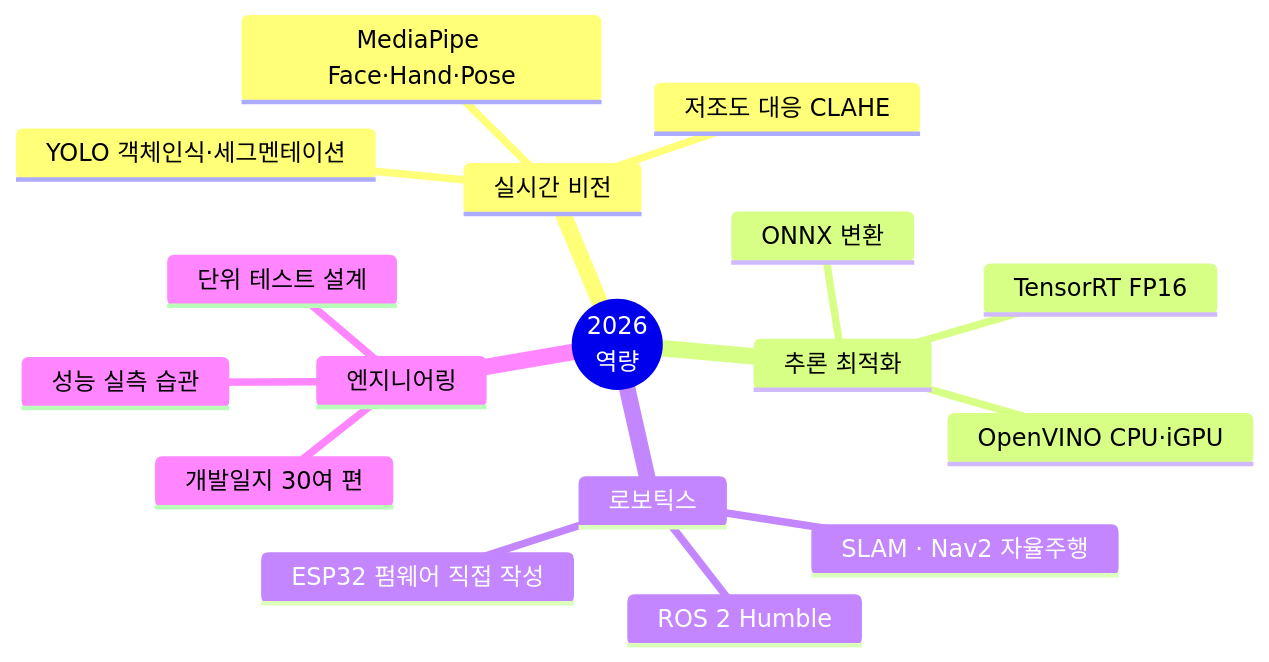
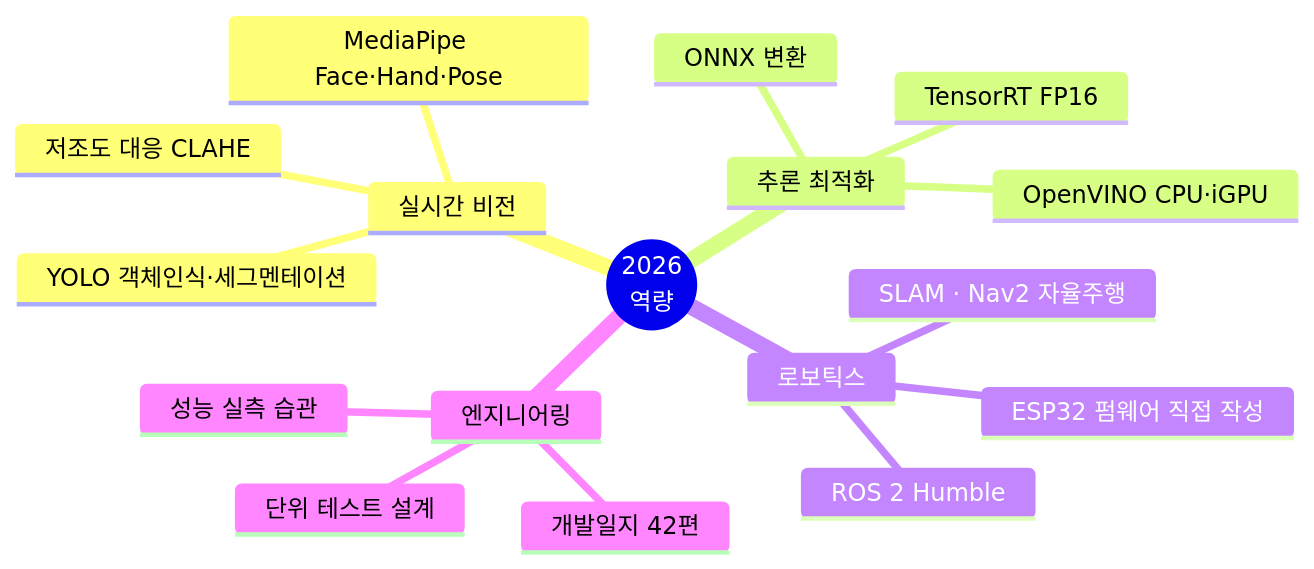
One commit to kakabab12/My_portfolio changed the diagram in 2026/README.md. Above: the diagram before and after it, drawn with Mermaid. The commit also changed other lines of this file and 11 other files, not shown here.

````diff
--- a/2026/README.md
+++ b/2026/README.md
@@ -27,20 +27,20 @@
 ```mermaid
 mindmap
   root(("2026<br/>역량"))
     실시간 비전
       MediaPipe Face·Hand·Pose
       YOLO 객체인식·세그멘테이션
       저조도 대응 CLAHE
     추론 최적화
       TensorRT FP16
       OpenVINO CPU·iGPU
       ONNX 변환
     로보틱스
       ROS 2 Humble
       SLAM · Nav2 자율주행
       ESP32 펌웨어 직접 작성
     엔지니어링
       성능 실측 습관
       단위 테스트 설계
-      개발일지 30여 편
+      개발일지 42편
 ```
````
